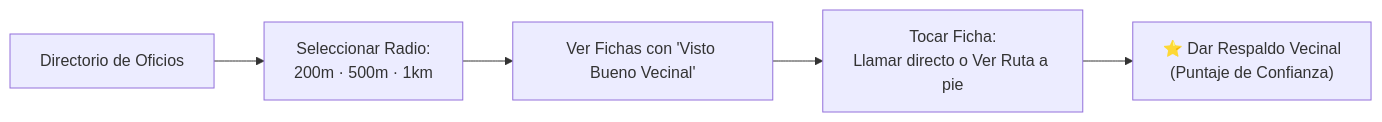
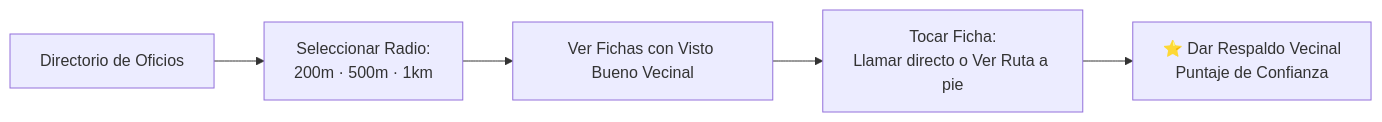
Before and after one commit to xthehugo/AyudaPE: the second of 4 diagrams in MANUAL_DE_USUARIO_AYUDAPE.md, drawn with Mermaid. The commit also changed other lines of this file, not shown here.

Commit message:
fix(docs): corregir sintaxis de etiquetas Mermaid para renderizado en GitHub

````diff
--- a/MANUAL_DE_USUARIO_AYUDAPE.md
+++ b/MANUAL_DE_USUARIO_AYUDAPE.md
@@ -68,7 +68,7 @@
 ```mermaid
 flowchart LR
-    A["Directorio de Oficios"] --> B["Seleccionar Radio:\n200m · 500m · 1km"]
-    B --> C["Ver Fichas con 'Visto Bueno Vecinal'"]
-    C --> D["Tocar Ficha:\nLlamar directo o Ver Ruta a pie"]
-    D --> E["⭐ Dar Respaldo Vecinal\n(Puntaje de Confianza)"]
+    A["Directorio de Oficios"] --> B["Seleccionar Radio:<br/>200m · 500m · 1km"]
+    B --> C["Ver Fichas con Visto Bueno Vecinal"]
+    C --> D["Tocar Ficha:<br/>Llamar directo o Ver Ruta a pie"]
+    D --> E["⭐ Dar Respaldo Vecinal<br/>Puntaje de Confianza"]
 ```
````
